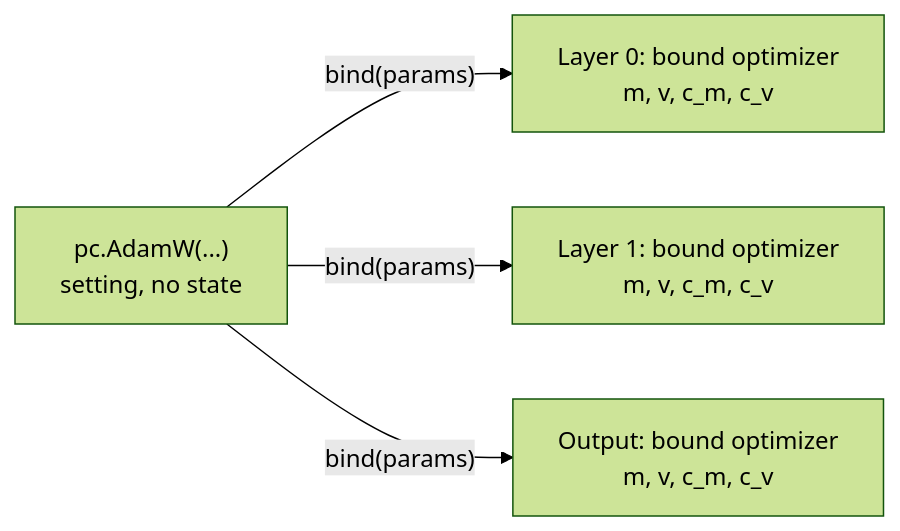
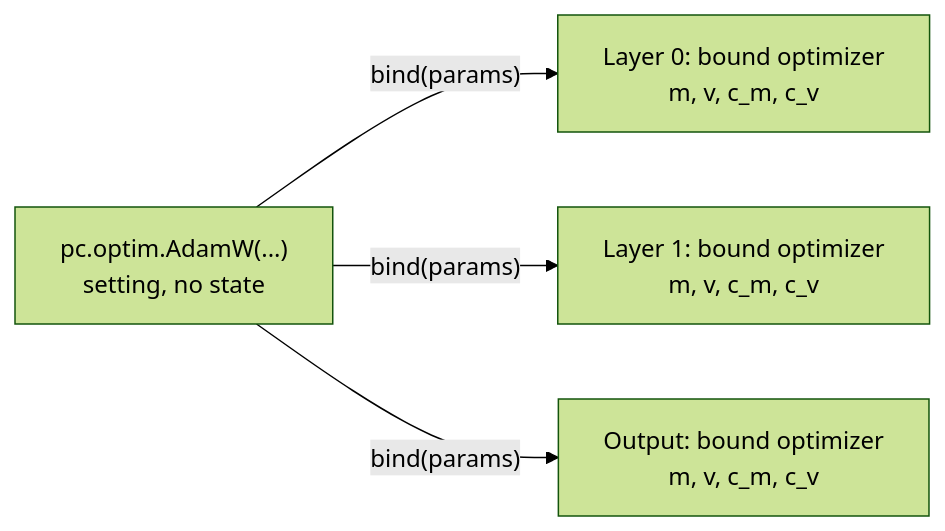
The third of 3 diagrams in docs/en/topics/pc-concepts.md (Geson-anko/mujou), drawn with Mermaid (forest theme) before and after one commit. The commit also changed other lines of this file and 63 other files, not shown here.

````diff
--- a/docs/en/topics/pc-concepts.md
+++ b/docs/en/topics/pc-concepts.md
@@ -225,6 +225,6 @@
 ```mermaid
 flowchart LR
-    S["pc.AdamW(...)<br/>setting, no state"] -->|"bind(params)"| B0["Layer 0: bound optimizer<br/>m, v, c_m, c_v"]
+    S["pc.optim.AdamW(...)<br/>setting, no state"] -->|"bind(params)"| B0["Layer 0: bound optimizer<br/>m, v, c_m, c_v"]
     S -->|"bind(params)"| B1["Layer 1: bound optimizer<br/>m, v, c_m, c_v"]
     S -->|"bind(params)"| B2["Output: bound optimizer<br/>m, v, c_m, c_v"]
 ```
````
